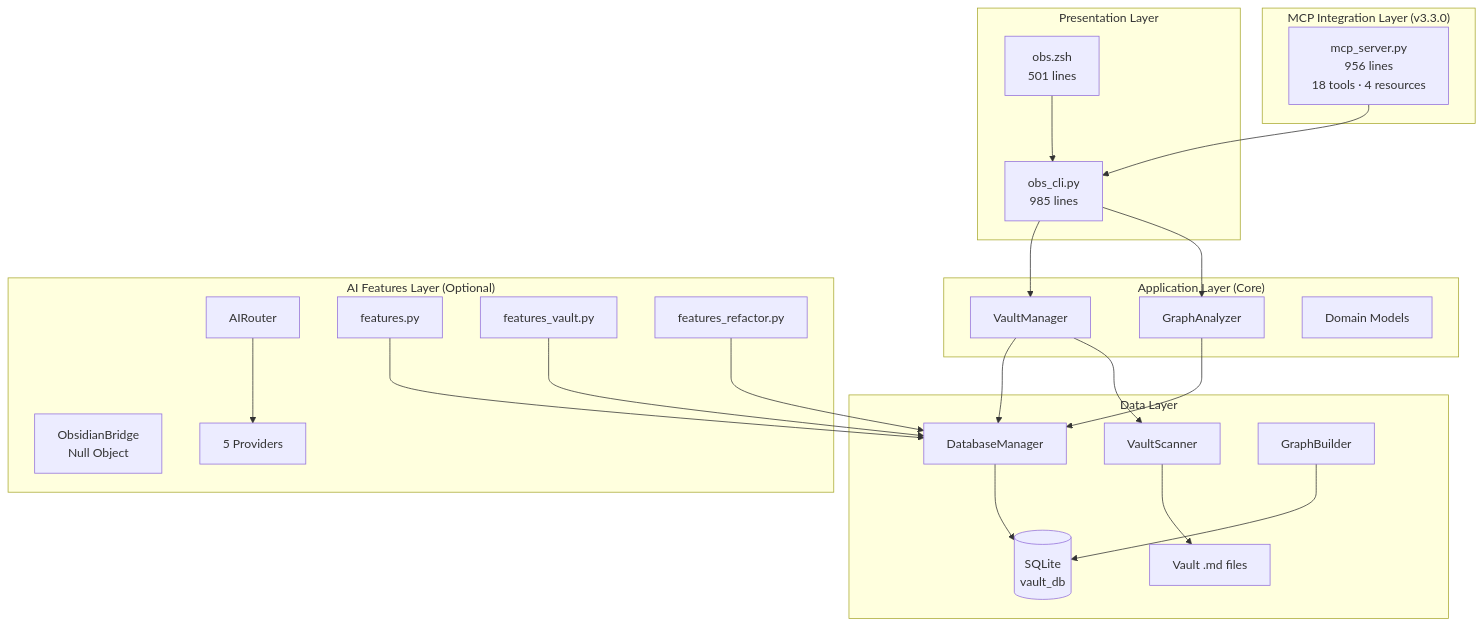
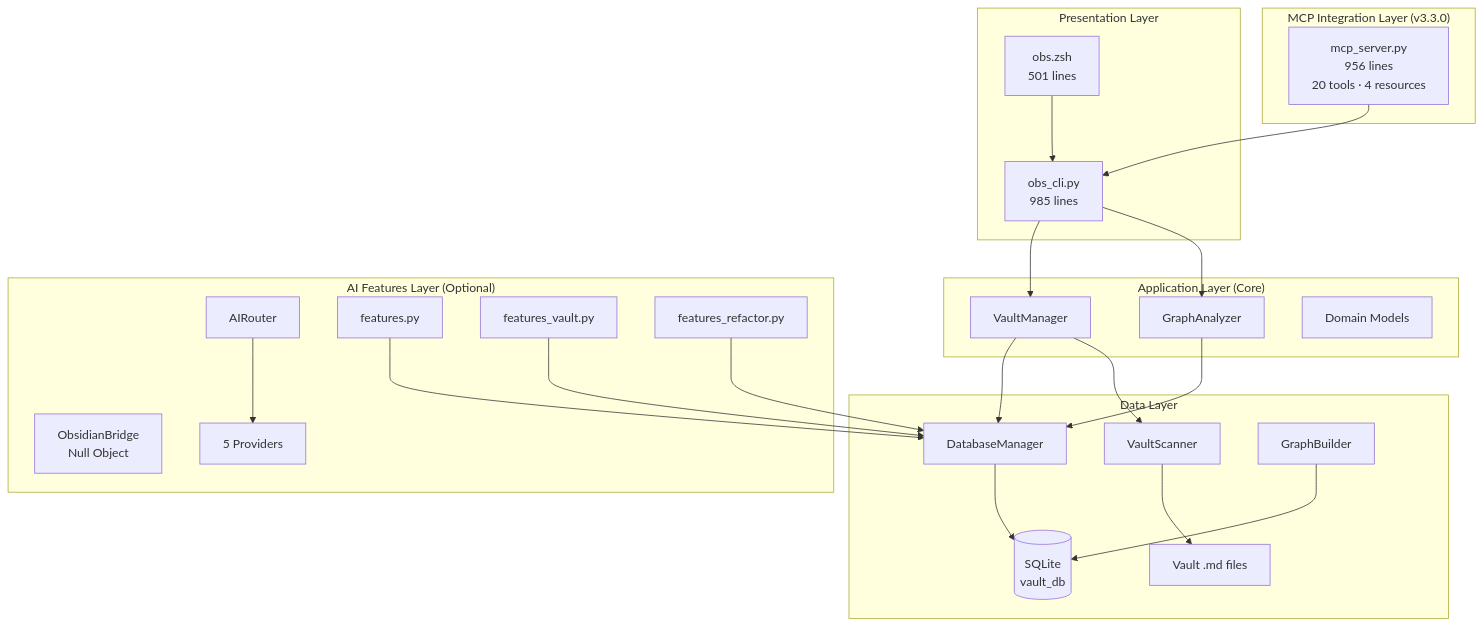
Before and after one commit to Data-Wise/obsidian-cli-ops: the first of 9 diagrams in docs_mkdocs/developer/architecture.md, drawn with Mermaid. The commit also changed other lines of this file and 8 other files, not shown here.

````diff
--- a/docs_mkdocs/developer/architecture.md
+++ b/docs_mkdocs/developer/architecture.md
@@ -11,49 +11,49 @@
 ```mermaid
 flowchart TD
     subgraph Presentation["Presentation Layer"]
         Z[obs.zsh\n501 lines]
         P[obs_cli.py\n985 lines]
     end
 
     subgraph MCP["MCP Integration Layer (v3.3.0)"]
-        M[mcp_server.py\n956 lines\n18 tools · 4 resources]
+        M[mcp_server.py\n956 lines\n20 tools · 4 resources]
     end
 
     subgraph Core["Application Layer (Core)"]
         VM[VaultManager]
         GA[GraphAnalyzer]
         DM[Domain Models]
     end
 
     subgraph AI["AI Features Layer (Optional)"]
         AR[AIRouter]
         FT[features.py]
         FV[features_vault.py]
         FR[features_refactor.py]
         OB[ObsidianBridge\nNull Object]
         PR[5 Providers]
     end
 
     subgraph Data["Data Layer"]
         DB[DatabaseManager]
         VS[VaultScanner]
         GB[GraphBuilder]
         SQ[(SQLite\nvault_db)]
         FS[Vault .md files]
     end
 
     Z --> P
     P --> VM
     P --> GA
     M --> P
     VM --> DB
     GA --> DB
     VM --> VS
     VS --> FS
     FT --> DB
     FV --> DB
     FR --> DB
     AR --> PR
     DB --> SQ
     GB --> SQ
 ```
````
